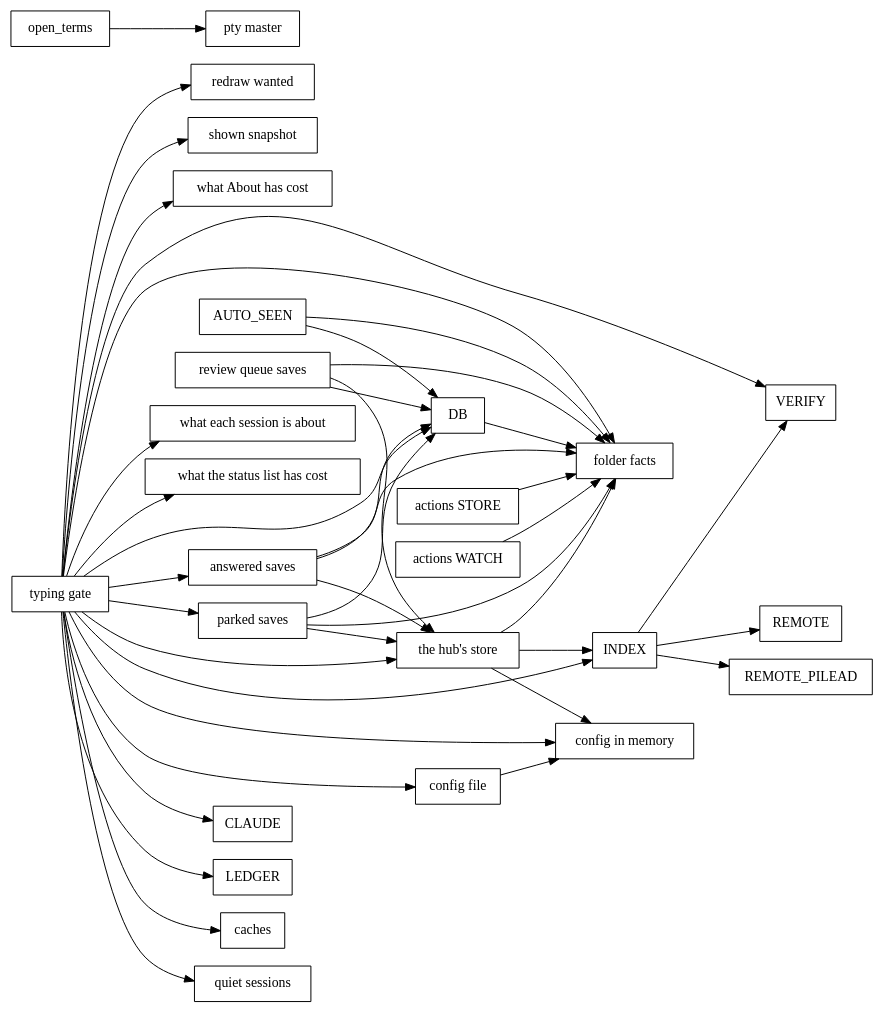
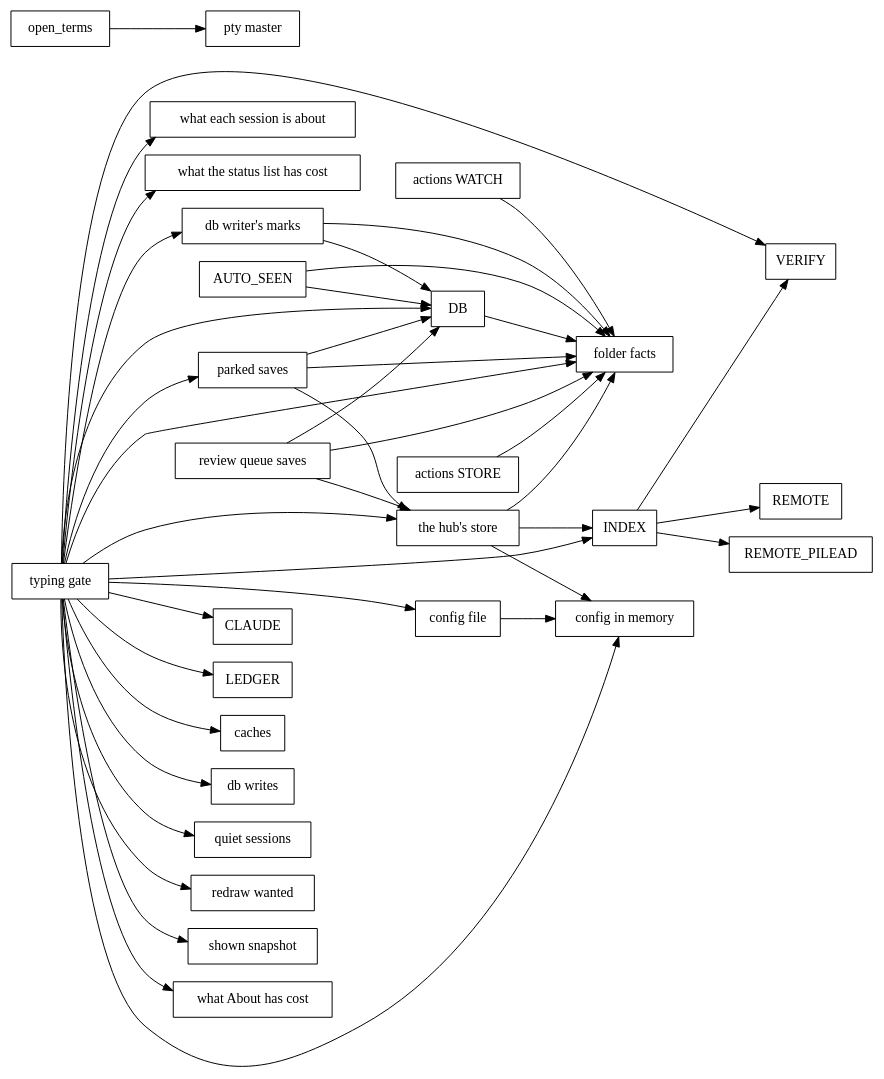
Before and after one commit to spacegrowth/cue: the diagram in docs/dev/lock-graph.dot, drawn with Graphviz. The commit also changed 9 other files, not shown here.

First line of the commit message:
One database writer for the live sessions, answered cards and deletions: a draw hands its save in and goes on, nothing holds a lock across the write, and a deleted session's answer is never written back

```diff
--- a/docs/dev/lock-graph.dot
+++ b/docs/dev/lock-graph.dot
@@ -1,45 +1,45 @@
 // Generated by `cargo run -p xtask -- inventory`; don't edit by hand.
 digraph locks {
   rankdir=LR;
   node [shape=box];
   "AUTO_SEEN" -> "DB";
   "AUTO_SEEN" -> "folder facts";
   "DB" -> "folder facts";
   "INDEX" -> "REMOTE";
   "INDEX" -> "REMOTE_PILEAD";
   "INDEX" -> "VERIFY";
   "actions STORE" -> "folder facts";
   "actions WATCH" -> "folder facts";
-  "answered saves" -> "DB";
-  "answered saves" -> "folder facts";
-  "answered saves" -> "the hub's store";
   "config file" -> "config in memory";
+  "db writer's marks" -> "DB";
+  "db writer's marks" -> "folder facts";
   "open_terms" -> "pty master";
   "parked saves" -> "DB";
   "parked saves" -> "folder facts";
   "parked saves" -> "the hub's store";
   "review queue saves" -> "DB";
   "review queue saves" -> "folder facts";
   "review queue saves" -> "the hub's store";
   "the hub's store" -> "INDEX";
   "the hub's store" -> "config in memory";
   "the hub's store" -> "folder facts";
   "typing gate" -> "CLAUDE";
   "typing gate" -> "DB";
   "typing gate" -> "INDEX";
   "typing gate" -> "LEDGER";
   "typing gate" -> "VERIFY";
-  "typing gate" -> "answered saves";
   "typing gate" -> "caches";
   "typing gate" -> "config file";
   "typing gate" -> "config in memory";
+  "typing gate" -> "db writer's marks";
+  "typing gate" -> "db writes";
   "typing gate" -> "folder facts";
   "typing gate" -> "parked saves";
   "typing gate" -> "quiet sessions";
   "typing gate" -> "redraw wanted";
   "typing gate" -> "shown snapshot";
   "typing gate" -> "the hub's store";
   "typing gate" -> "what About has cost";
   "typing gate" -> "what each session is about";
   "typing gate" -> "what the status list has cost";
 }
```
